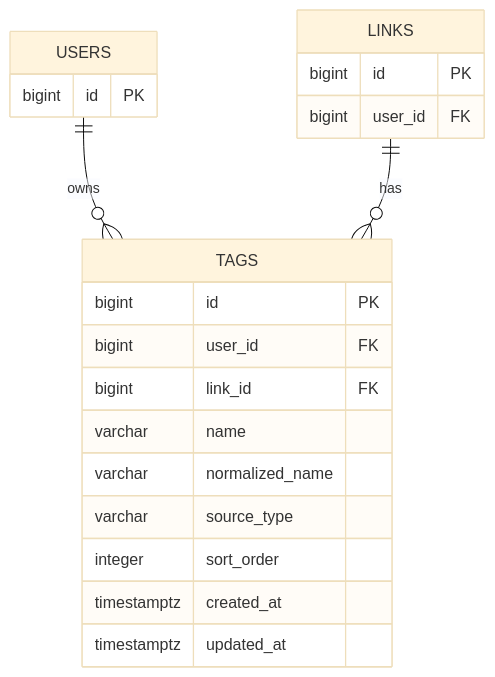
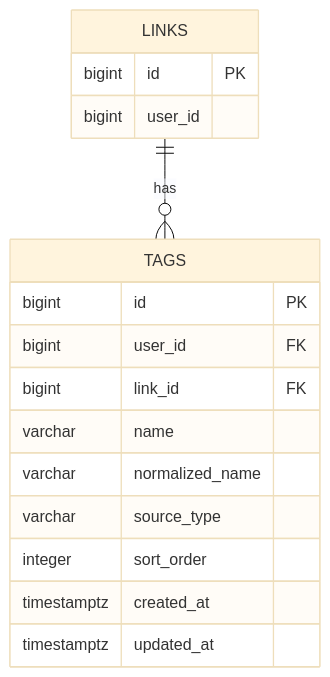
Before and after one commit to mash-up-kr/Promise.9-Server: the diagram in docs/database/tables/tags.md, drawn with Mermaid (base theme). The commit also changed other lines of this file and 9 other files, not shown here.

````diff
--- a/docs/database/tables/tags.md
+++ b/docs/database/tables/tags.md
@@ -10,26 +10,21 @@
 ```mermaid
 erDiagram
-  USERS ||--o{ TAGS : owns
   LINKS ||--o{ TAGS : has
-
-  USERS {
-    bigint id PK
-  }
 
   LINKS {
     bigint id PK
-    bigint user_id FK
+    bigint user_id
   }
 
   TAGS {
     bigint id PK
     bigint user_id FK
     bigint link_id FK
     varchar name
     varchar normalized_name
     varchar source_type
     integer sort_order
     timestamptz created_at
     timestamptz updated_at
   }
 ```
````
